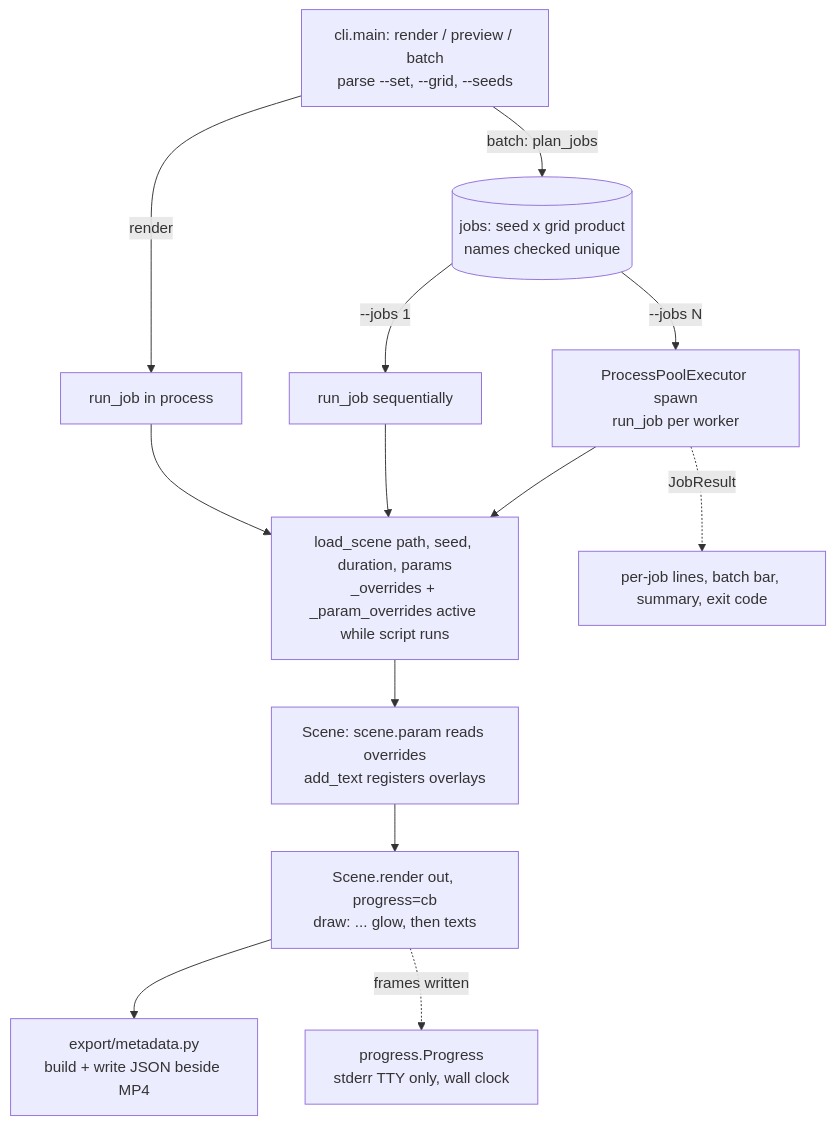
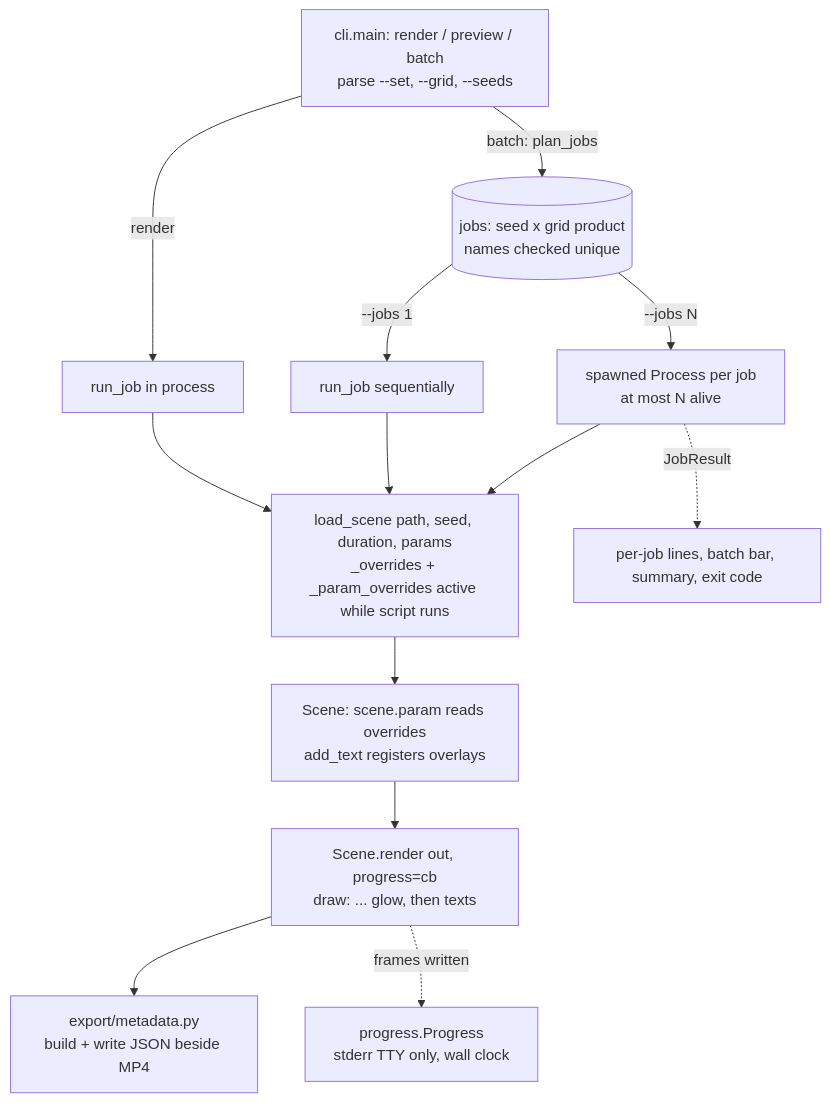
The fifth of 5 diagrams in specs/design.md (KalinduGandara/py_animation), drawn with Mermaid before and after one commit. The commit also changed other lines of this file and 10 other files, not shown here.

````diff
--- a/specs/design.md
+++ b/specs/design.md
@@ -939,13 +939,13 @@
 ```mermaid
 flowchart TB
     cli[cli.main: render / preview / batch<br/>parse --set, --grid, --seeds] -->|render| one[run_job in process]
     cli -->|batch: plan_jobs| plan[(jobs: seed x grid product<br/>names checked unique)]
     plan -->|--jobs 1| seq[run_job sequentially]
-    plan -->|--jobs N| pool[ProcessPoolExecutor spawn<br/>run_job per worker]
+    plan -->|--jobs N| pool[spawned Process per job<br/>at most N alive]
     one & seq & pool --> load[load_scene path, seed, duration, params<br/>_overrides + _param_overrides active while script runs]
     load --> scene[Scene: scene.param reads overrides<br/>add_text registers overlays]
     scene --> render[Scene.render out, progress=cb<br/>draw: ... glow, then texts]
     render --> meta[export/metadata.py<br/>build + write JSON beside MP4]
     render -.frames written.-> bar[progress.Progress<br/>stderr TTY only, wall clock]
     pool -.JobResult.-> summary[per-job lines, batch bar, summary, exit code]
 ```
````
